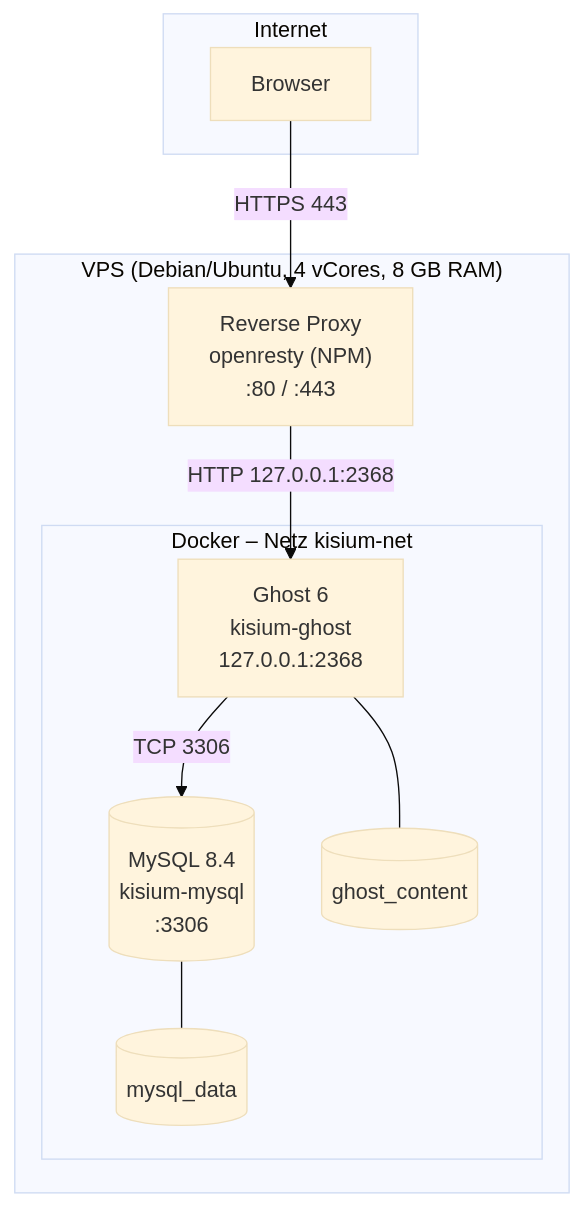
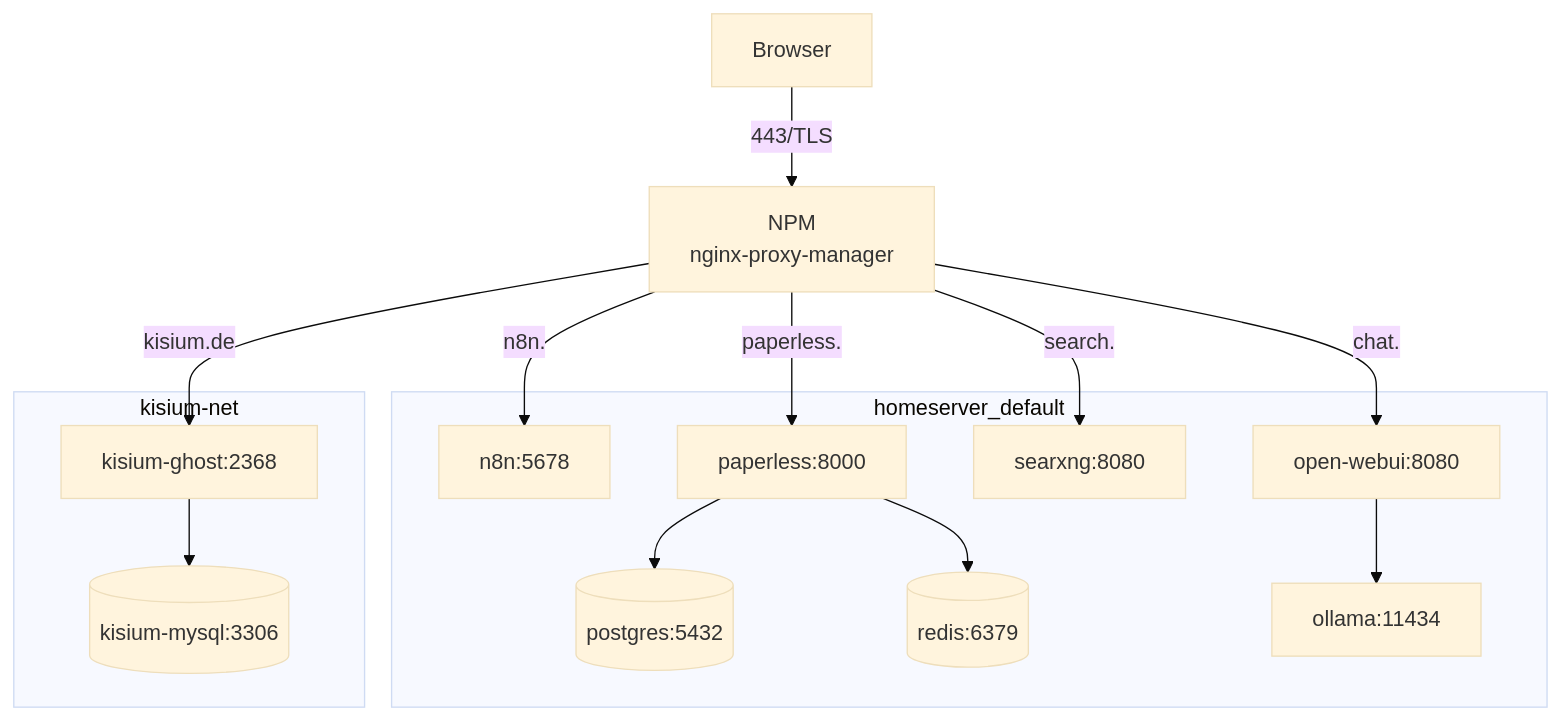
The diagram in docs/architektur.md (tobias-peine/homelab), drawn with Mermaid (base theme) before and after one commit. The commit also changed other lines of this file and 3 other files, not shown here.

````diff
--- a/docs/architektur.md
+++ b/docs/architektur.md
@@ -8,22 +8,29 @@
 ```mermaid
 flowchart TB
-    subgraph Internet
-        U[Browser]
+    U[Browser] -->|"443/TLS"| NPM["NPM<br/>nginx-proxy-manager"]
+
+    subgraph HS["homeserver_default"]
+        N8N["n8n:5678"]
+        OWUI["open-webui:8080"]
+        SX["searxng:8080"]
+        PL["paperless:8000"]
+        PG[(postgres:5432)]
+        RD[(redis:6379)]
+        OL["ollama:11434"]
     end
 
-    subgraph VPS["VPS (Debian/Ubuntu, 4 vCores, 8 GB RAM)"]
-        P["Reverse Proxy<br/>openresty (NPM)<br/>:80 / :443"]
-        subgraph Docker["Docker – Netz kisium-net"]
-            G["Ghost 6<br/>kisium-ghost<br/>127.0.0.1:2368"]
-            D[("MySQL 8.4<br/>kisium-mysql<br/>:3306")]
-            V1[(ghost_content)]
-            V2[(mysql_data)]
-        end
+    subgraph KI["kisium-net"]
+        G["kisium-ghost:2368"]
+        MY[(kisium-mysql:3306)]
     end
 
-    U -->|"HTTPS 443"| P
-    P -->|"HTTP 127.0.0.1:2368"| G
-    G -->|"TCP 3306"| D
-    G --- V1
-    D --- V2
+    NPM -->|"kisium.de"| G
+    NPM -->|"n8n.<domain>"| N8N
+    NPM -->|"chat.<domain>"| OWUI
+    NPM -->|"search.<domain>"| SX
+    NPM -->|"paperless.<domain>"| PL
+    G --> MY
+    PL --> PG
+    PL --> RD
+    OWUI --> OL
 ```
````
